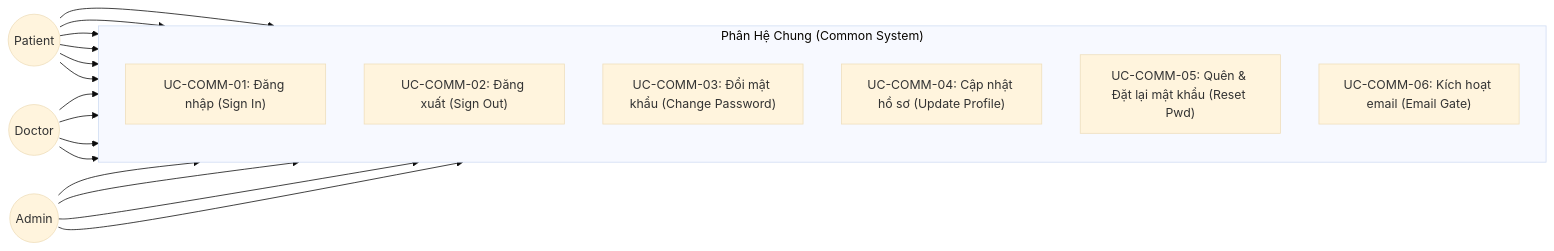
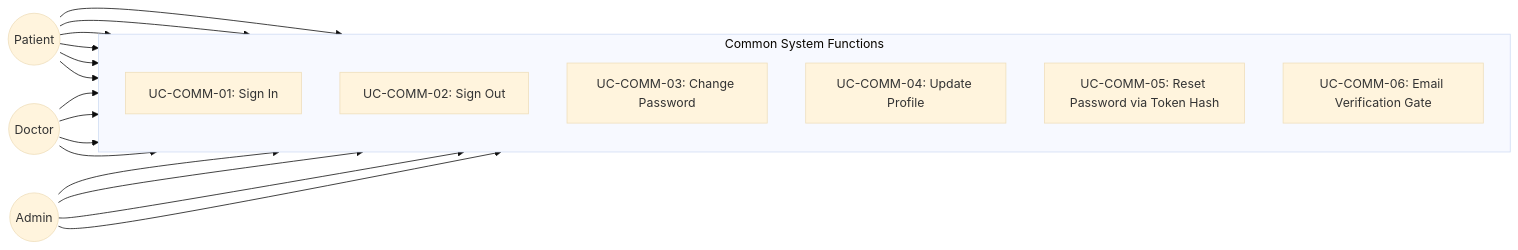
The third of 8 diagrams in docs/SRS_MediAssist_AI.md (vinhhotff/KLTN-medical-assistant), drawn with Mermaid (base theme) before and after one commit. The commit also changed other lines of this file and 1 other file, not shown here.

First line of the commit message:
refactor(srs): translate all 5 modular use case diagrams into 100% English

````diff
--- a/docs/SRS_MediAssist_AI.md
+++ b/docs/SRS_MediAssist_AI.md
@@ -296,20 +296,20 @@
 ```mermaid
 flowchart LR
     P(("Patient"))
     D(("Doctor"))
     A(("Admin"))
 
-    subgraph Common["Phân Hệ Chung (Common System)"]
+    subgraph Common["Common System Functions"]
         direction TB
-        UC_COMM01["UC-COMM-01: Đăng nhập (Sign In)"]
-        UC_COMM02["UC-COMM-02: Đăng xuất (Sign Out)"]
-        UC_COMM03["UC-COMM-03: Đổi mật khẩu (Change Password)"]
-        UC_COMM04["UC-COMM-04: Cập nhật hồ sơ (Update Profile)"]
-        UC_COMM05["UC-COMM-05: Quên & Đặt lại mật khẩu (Reset Pwd)"]
-        UC_COMM06["UC-COMM-06: Kích hoạt email (Email Gate)"]
+        UC_COMM01["UC-COMM-01: Sign In"]
+        UC_COMM02["UC-COMM-02: Sign Out"]
+        UC_COMM03["UC-COMM-03: Change Password"]
+        UC_COMM04["UC-COMM-04: Update Profile"]
+        UC_COMM05["UC-COMM-05: Reset Password via Token Hash"]
+        UC_COMM06["UC-COMM-06: Email Verification Gate"]
     end
 
     P --> UC_COMM01 & UC_COMM02 & UC_COMM03 & UC_COMM04 & UC_COMM05 & UC_COMM06
     D --> UC_COMM01 & UC_COMM02 & UC_COMM03 & UC_COMM05
     A --> UC_COMM01 & UC_COMM02 & UC_COMM03 & UC_COMM05
 ```
````
